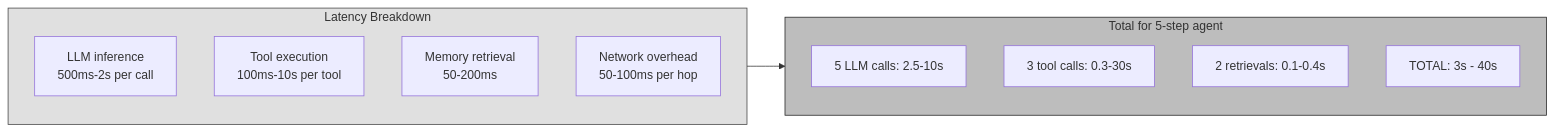
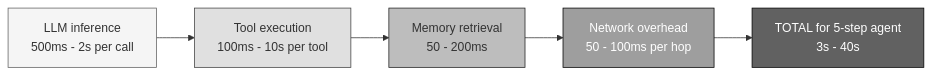
Before and after one commit to Shekharrajak/agent-design-patterns: the seventh of 13 diagrams in docs/posts/09-deep-challenges.md, drawn with Mermaid. The commit also changed other lines of this file and 7 other files, not shown here.

Commit message:
fix: resolve Mermaid rendering issues across all chapters

````diff
--- a/docs/posts/09-deep-challenges.md
+++ b/docs/posts/09-deep-challenges.md
@@ -170,22 +154,10 @@
 ```mermaid
 graph LR
-    subgraph BUDGET["Latency Breakdown"]
-        direction TB
-        B1["LLM inference<br/>500ms-2s per call"]
-        B2["Tool execution<br/>100ms-10s per tool"]
-        B3["Memory retrieval<br/>50-200ms"]
-        B4["Network overhead<br/>50-100ms per hop"]
-    end
+    B1["LLM inference<br/>500ms - 2s per call"] --> B2["Tool execution<br/>100ms - 10s per tool"] --> B3["Memory retrieval<br/>50 - 200ms"] --> B4["Network overhead<br/>50 - 100ms per hop"] --> TOTAL["TOTAL for 5-step agent<br/>3s - 40s"]
 
-    subgraph TOTAL["Total for 5-step agent"]
-        T1["5 LLM calls: 2.5-10s"]
-        T2["3 tool calls: 0.3-30s"]
-        T3["2 retrievals: 0.1-0.4s"]
-        T4["TOTAL: 3s - 40s"]
-    end
-
-    BUDGET --> TOTAL
-
-    style BUDGET fill:#e0e0e0,stroke:#424242
-    style TOTAL fill:#bdbdbd,stroke:#212121
+    style B1 fill:#f5f5f5,stroke:#616161
+    style B2 fill:#e0e0e0,stroke:#424242
+    style B3 fill:#bdbdbd,stroke:#212121
+    style B4 fill:#9e9e9e,stroke:#000,color:#fff
+    style TOTAL fill:#616161,stroke:#000,color:#fff
 ```
````
